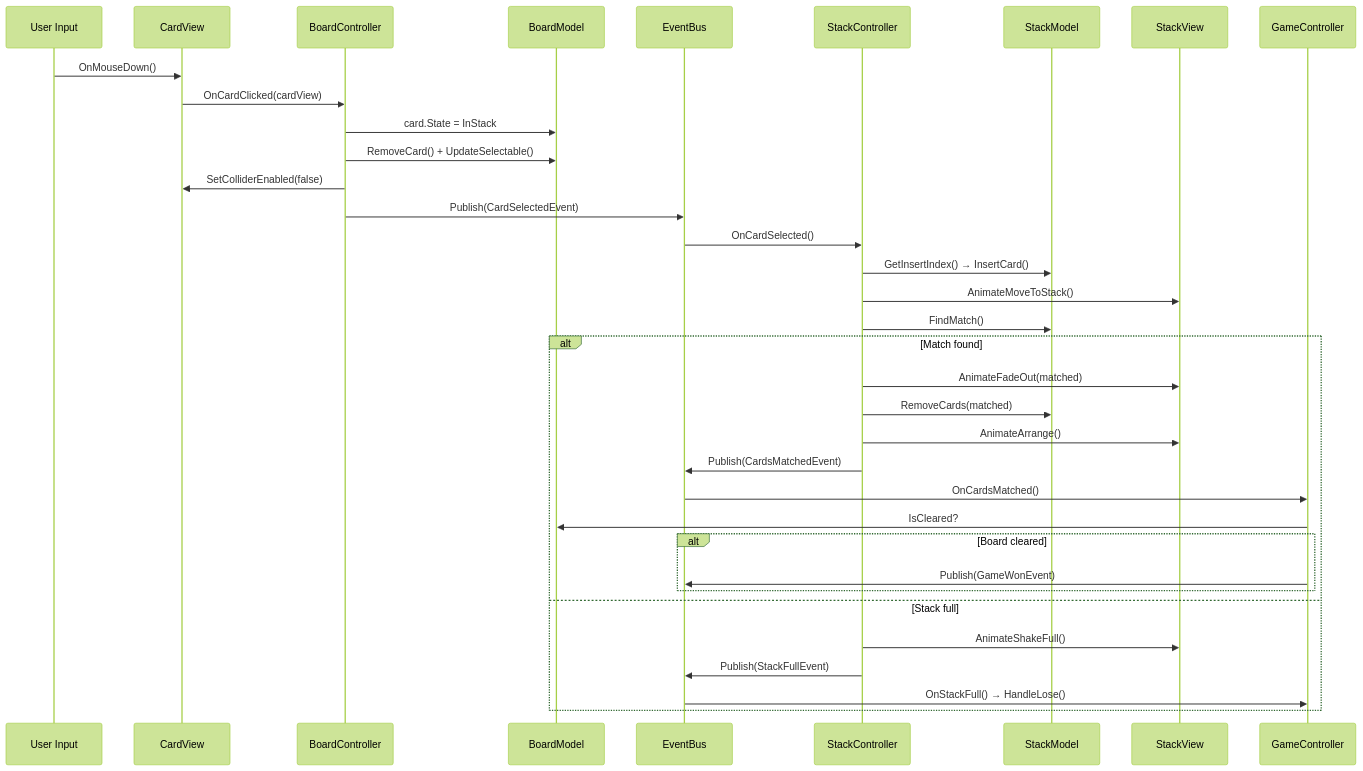
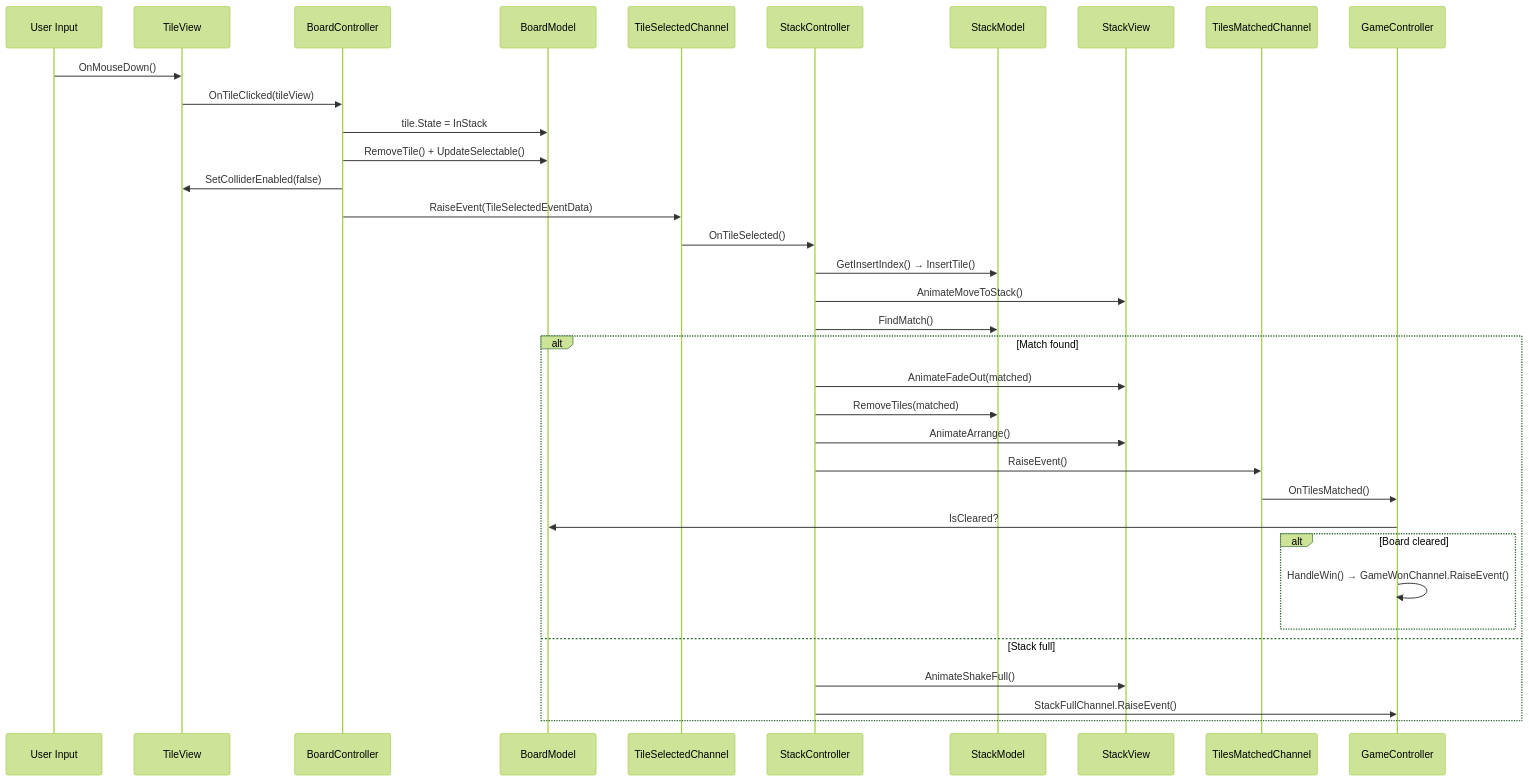
Before and after one commit to gcc-dtung/Pirate-Tiles: the second of 2 diagrams in Assets/Documents/_02.Architecture.md, drawn with Mermaid (forest theme). The commit also changed other lines of this file and 6 other files, not shown here.

````diff
--- a/Assets/Documents/_02.Architecture.md
+++ b/Assets/Documents/_02.Architecture.md
@@ -735,40 +461,40 @@
 ```mermaid
 sequenceDiagram
     participant U as User Input
-    participant CV as CardView
+    participant TV as TileView
     participant BC as BoardController
     participant BM as BoardModel
-    participant EB as EventBus
+    participant EC as TileSelectedChannel
     participant SC as StackController
     participant SM as StackModel
     participant SV as StackView
+    participant MC as TilesMatchedChannel
     participant GC as GameController
 
-    U->>CV: OnMouseDown()
-    CV->>BC: OnCardClicked(cardView)
-    BC->>BM: card.State = InStack
-    BC->>BM: RemoveCard() + UpdateSelectable()
-    BC->>CV: SetColliderEnabled(false)
-    BC->>EB: Publish(CardSelectedEvent)
+    U->>TV: OnMouseDown()
+    TV->>BC: OnTileClicked(tileView)
+    BC->>BM: tile.State = InStack
+    BC->>BM: RemoveTile() + UpdateSelectable()
+    BC->>TV: SetColliderEnabled(false)
+    BC->>EC: RaiseEvent(TileSelectedEventData)
 
-    EB->>SC: OnCardSelected()
-    SC->>SM: GetInsertIndex() → InsertCard()
+    EC->>SC: OnTileSelected()
+    SC->>SM: GetInsertIndex() → InsertTile()
     SC->>SV: AnimateMoveToStack()
     SC->>SM: FindMatch()
 
     alt Match found
         SC->>SV: AnimateFadeOut(matched)
-        SC->>SM: RemoveCards(matched)
+        SC->>SM: RemoveTiles(matched)
         SC->>SV: AnimateArrange()
-        SC->>EB: Publish(CardsMatchedEvent)
-        EB->>GC: OnCardsMatched()
+        SC->>MC: RaiseEvent()
+        MC->>GC: OnTilesMatched()
         GC->>BM: IsCleared?
         alt Board cleared
-            GC->>EB: Publish(GameWonEvent)
+            GC->>GC: HandleWin() → GameWonChannel.RaiseEvent()
         end
     else Stack full
         SC->>SV: AnimateShakeFull()
-        SC->>EB: Publish(StackFullEvent)
-        EB->>GC: OnStackFull() → HandleLose()
+        SC->>GC: StackFullChannel.RaiseEvent()
     end
 ```
````
